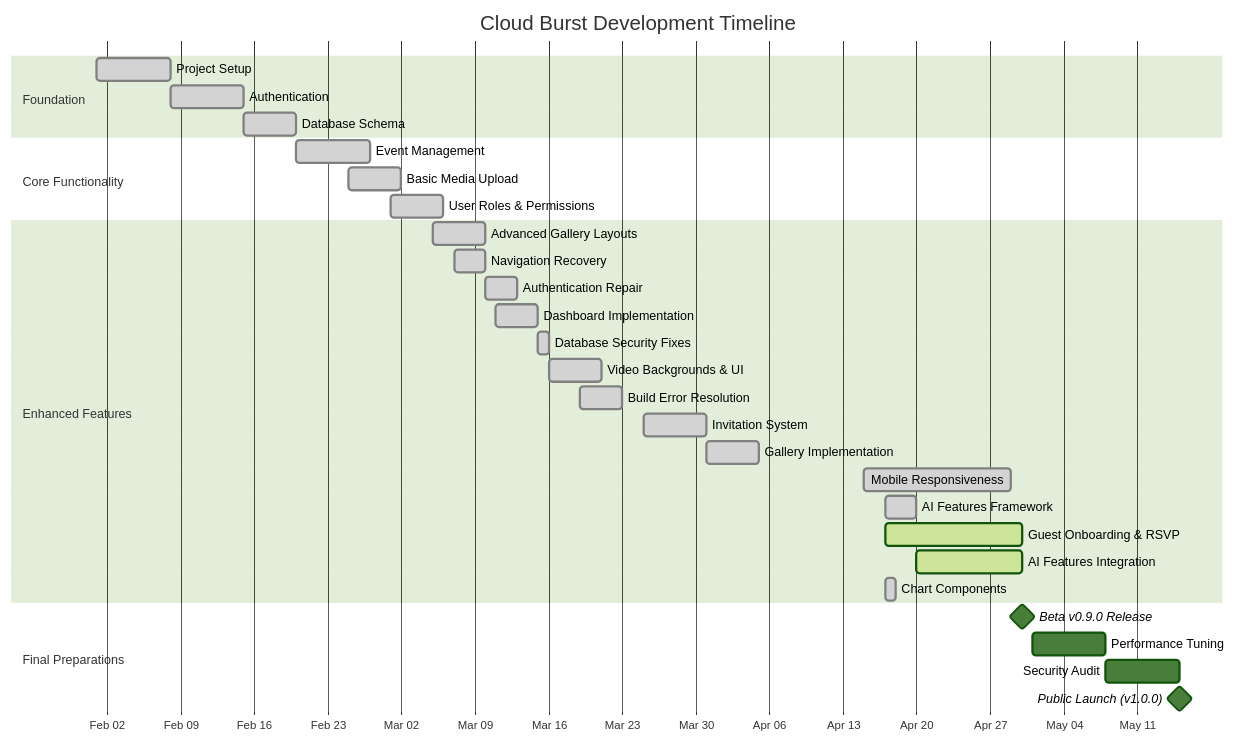
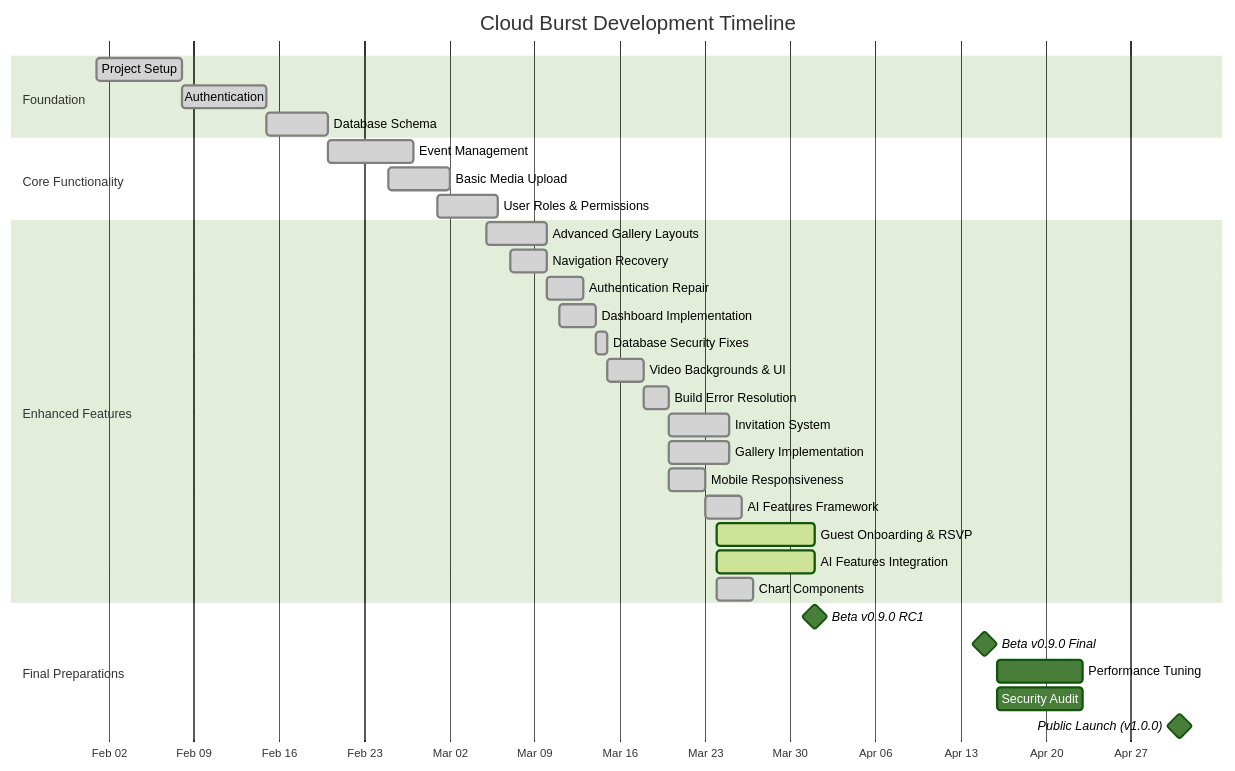
One commit to mrj0nesmtl/cloud-burst changed the first of 2 diagrams in docs/planning/roadmap.md. Above: the diagram before and after it, drawn with Mermaid (forest theme). The commit also changed other lines of this file and 10 other files, not shown here.

Commit message:
Update documentation: fix timeline dates, improve formatting, update project status, archive session 32 files

````diff
--- a/docs/planning/roadmap.md
+++ b/docs/planning/roadmap.md
@@ -122,38 +134,39 @@
 ```mermaid
 gantt
     title Cloud Burst Development Timeline
     dateFormat  YYYY-MM-DD
     axisFormat %b %d
     
     section Foundation
     Project Setup           :done, f1, 2025-02-01, 7d
     Authentication          :done, f2, 2025-02-08, 7d
     Database Schema         :done, f3, 2025-02-15, 5d
     
     section Core Functionality
     Event Management        :done, c1, 2025-02-20, 7d
     Basic Media Upload      :done, c2, 2025-02-25, 5d
     User Roles & Permissions:done, c3, 2025-03-01, 5d
     
     section Enhanced Features
     Advanced Gallery Layouts:done, e1, 2025-03-05, 5d
     Navigation Recovery     :done, e2, 2025-03-07, 3d
     Authentication Repair   :done, e3, 2025-03-10, 3d
-    Dashboard Implementation:done, e4, 2025-03-11, 4d
-    Database Security Fixes :done, e5, 2025-03-15, 1d
-    Video Backgrounds & UI  :done, e6, 2025-03-16, 5d
-    Build Error Resolution  :done, e7, 2025-03-19, 4d
-    Invitation System       :done, e8, 2025-03-25, 6d
-    Gallery Implementation  :done, e9, 2025-03-31, 5d
-    Mobile Responsiveness   :done, e10, 2025-04-15, 14d
-    AI Features Framework   :done, e11, 2025-04-17, 3d
-    Guest Onboarding & RSVP :active, e12, 2025-04-17, 13d
-    AI Features Integration :active, e13, 2025-04-20, 10d
-    Chart Components        :done, e14, 2025-04-17, 1d
+    Dashboard Implementation:done, e4, 2025-03-11, 3d
+    Database Security Fixes :done, e5, 2025-03-14, 1d
+    Video Backgrounds & UI  :done, e6, 2025-03-15, 3d
+    Build Error Resolution  :done, e7, 2025-03-18, 2d
+    Invitation System       :done, e8, 2025-03-20, 5d
+    Gallery Implementation  :done, e9, 2025-03-20, 5d
+    Mobile Responsiveness   :done, e10, 2025-03-20, 3d
+    AI Features Framework   :done, e11, 2025-03-23, 3d
+    Guest Onboarding & RSVP :active, e12, 2025-03-24, 8d
+    AI Features Integration :active, e13, 2025-03-24, 8d
+    Chart Components        :done, e14, 2025-03-24, 3d
     
     section Final Preparations
-    Beta v0.9.0 Release     :milestone, b1, 2025-04-30, 0d
-    Performance Tuning      :o1, 2025-05-01, 7d
-    Security Audit          :o2, 2025-05-08, 7d
-    Public Launch (v1.0.0)  :milestone, l3, 2025-05-15, 0d
+    Beta v0.9.0 RC1         :milestone, b1, 2025-04-01, 0d
+    Beta v0.9.0 Final       :milestone, b2, 2025-04-15, 0d
+    Performance Tuning      :o1, 2025-04-16, 7d
+    Security Audit          :o2, 2025-04-16, 7d
+    Public Launch (v1.0.0)  :milestone, l3, 2025-05-01, 0d
 ```
````
